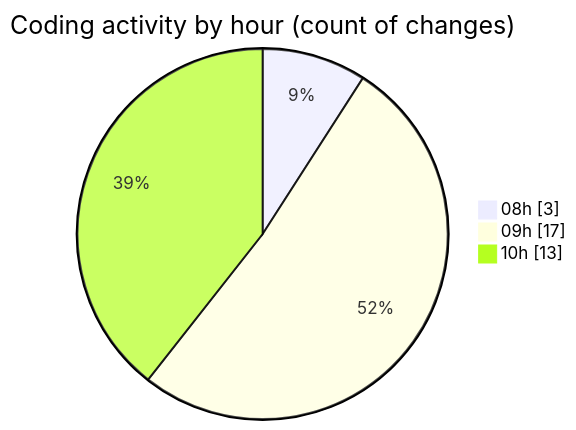
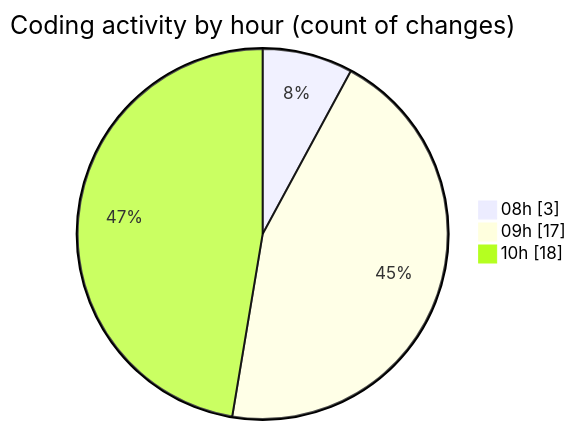
Before and after one commit to julien-gomy/code-tracking: the second of 2 diagrams in 2025-10-22/eventscop-api-guide__workspace_/README.md, drawn with Mermaid. The commit also changed other lines of this file and 1 other file, not shown here.

````diff
--- a/2025-10-22/eventscop-api-guide__workspace_/README.md
+++ b/2025-10-22/eventscop-api-guide__workspace_/README.md
@@ -37,7 +38,7 @@
 ```mermaid
 pie showData
 title Coding activity by hour (count of changes)
 "08h" : 3
 "09h" : 17
-"10h" : 13
+"10h" : 18
 ```
````
